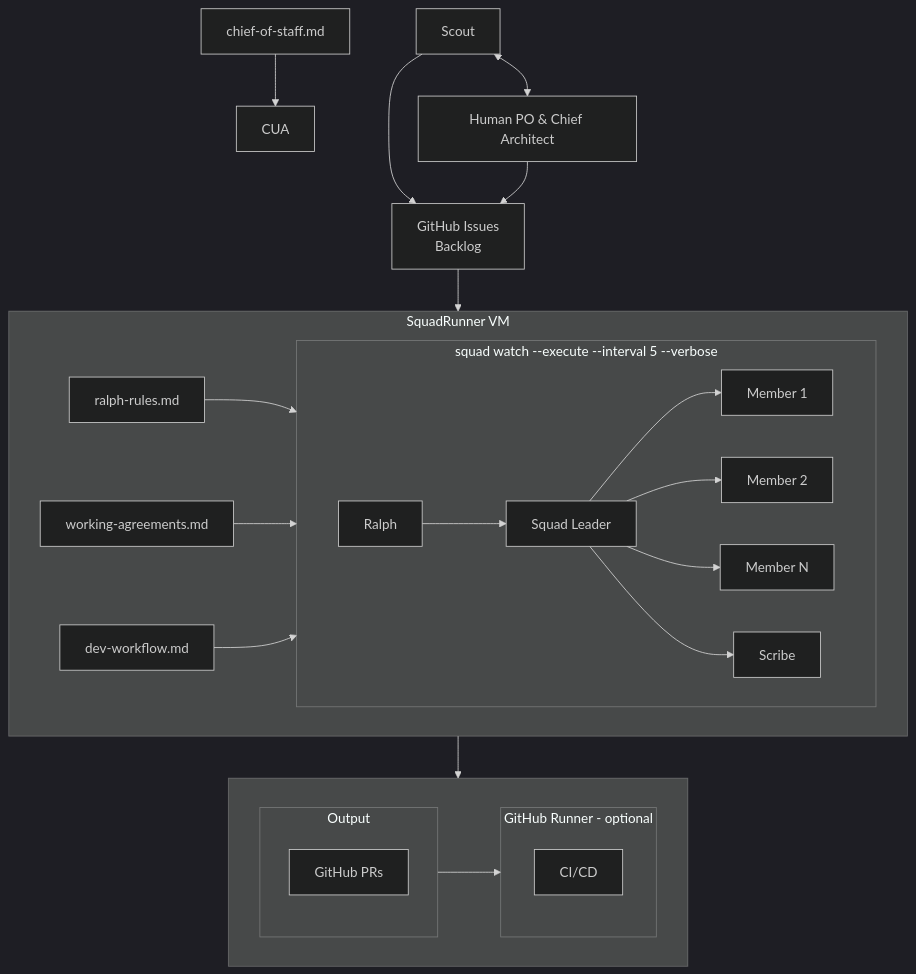
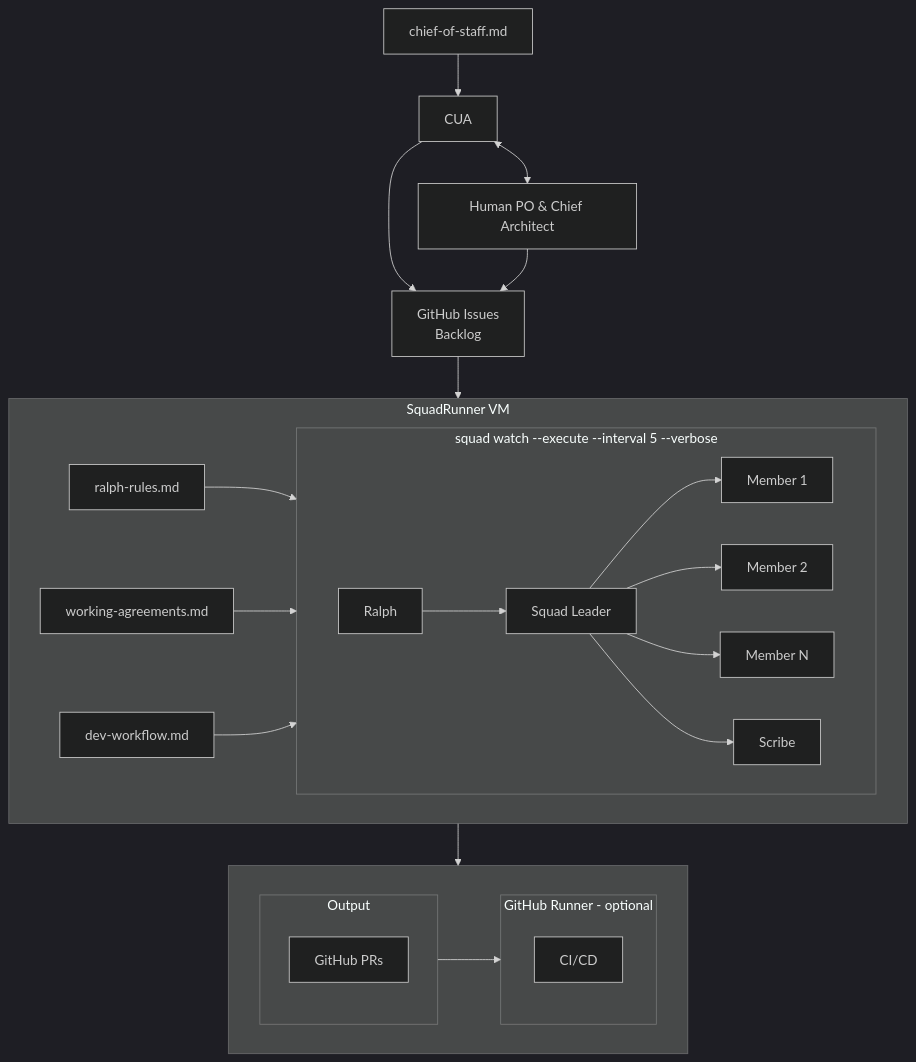
One commit to TheeUnderdog/SquadRunner changed the diagram in README.md. Above: the diagram before and after it, drawn with Mermaid (dark theme).

Commit message:
Revert 'Update README.md'

````diff
--- a/README.md
+++ b/README.md
@@ -9,34 +9,34 @@
 ```mermaid
 flowchart TD
     COS[chief-of-staff.md] --> CUA
-    Scout --> GH[GitHub Issues<br/>Backlog]
-    Scout <--> H[Human PO & Chief Architect] --> GH[GitHub Issues<br/>Backlog]
+    CUA --> GH[GitHub Issues<br/>Backlog]
+    CUA <--> H[Human PO & Chief Architect] --> GH[GitHub Issues<br/>Backlog]
     GH --> VM
     
     subgraph VM[SquadRunner VM]
         RR[ralph-rules.md] --> SW
         WA[working-agreements.md] --> SW
         DW[dev-workflow.md] --> SW
         subgraph SW[squad watch --execute --interval 5 --verbose]
             direction LR
             R[Ralph] --> SL[Squad Leader]
             SL --> M1[Member 1]
             SL --> M2[Member 2]
             SL --> MN[Member N]
             SL --> SC[Scribe]
         end
     end
     
     VM --> Bottom
     
     subgraph Bottom[ ]
         direction LR
         subgraph Output
             PR[GitHub PRs]
         end
         Output --> Runner
         subgraph Runner[GitHub Runner - optional]
             CI[CI/CD]
         end
     end
 ```
````
